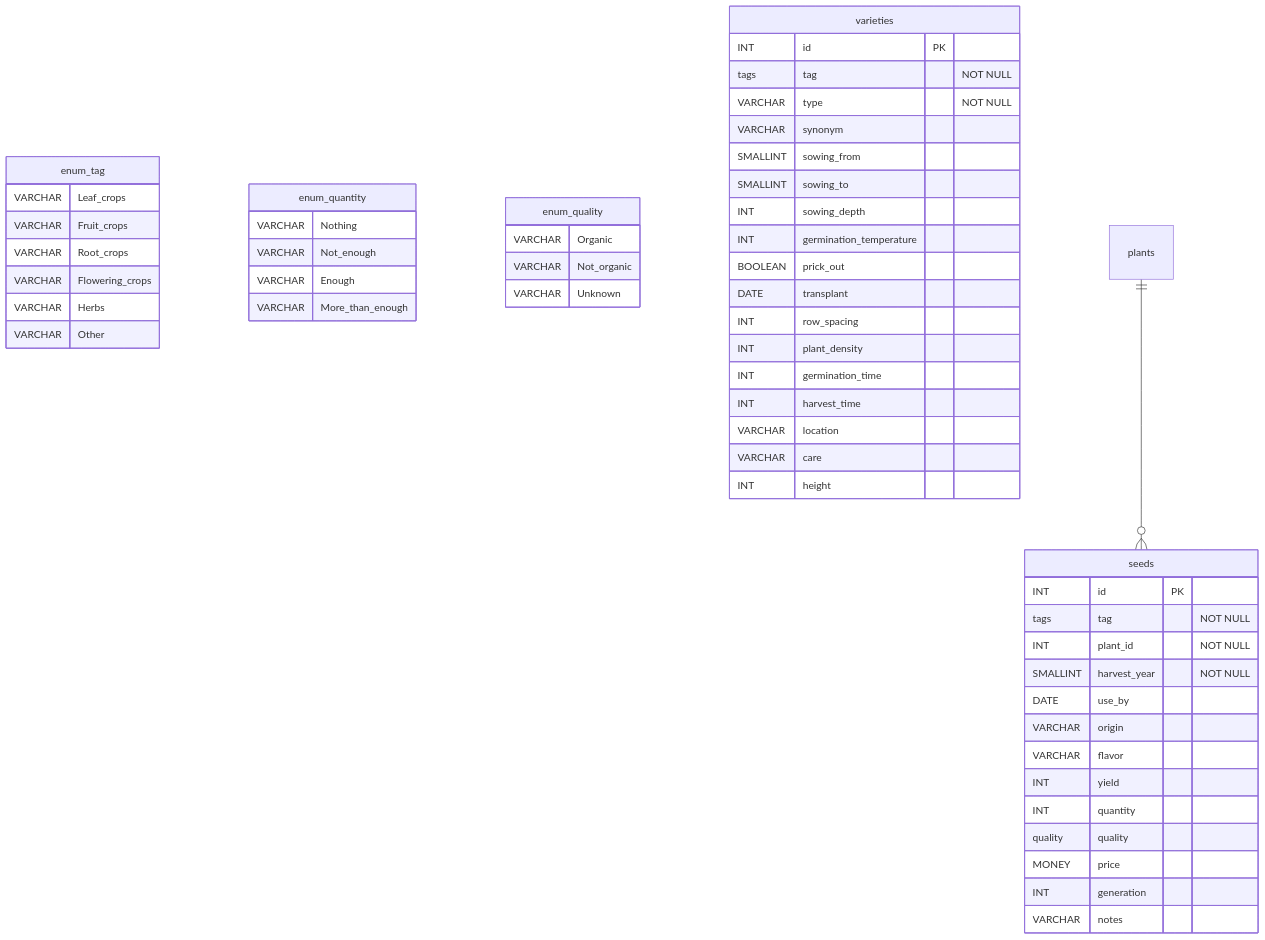
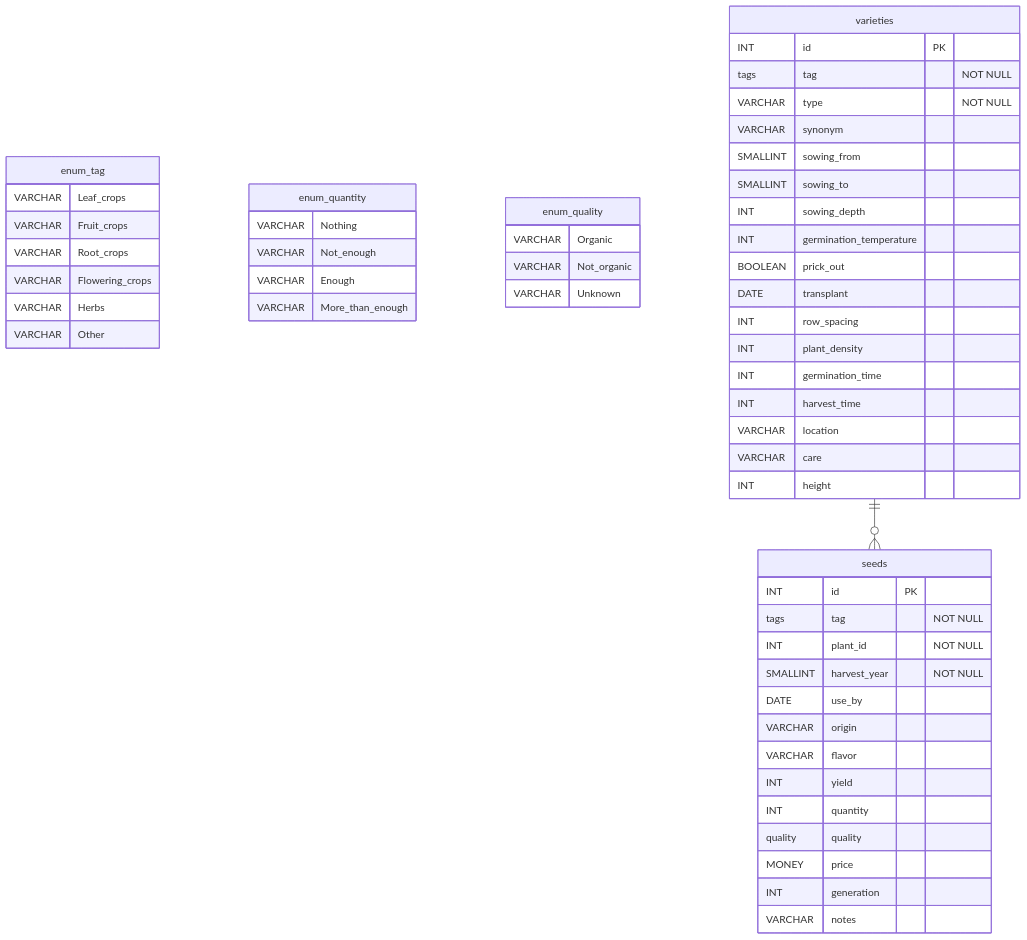
The diagram in doc/architecture/database_schemata.md (ElektraInitiative/PermaplanT), drawn with Mermaid before and after one commit.

````diff
--- a/doc/architecture/database_schemata.md
+++ b/doc/architecture/database_schemata.md
@@ -8,63 +8,63 @@
 ```mermaid 
 erDiagram
 
 enum_tag {
   VARCHAR Leaf_crops
   VARCHAR Fruit_crops
   VARCHAR Root_crops
   VARCHAR Flowering_crops
   VARCHAR Herbs
   VARCHAR Other
 }
 
 enum_quantity {
   VARCHAR Nothing
   VARCHAR Not_enough
   VARCHAR Enough
   VARCHAR More_than_enough
 }
 
 enum_quality {
   VARCHAR Organic
   VARCHAR Not_organic
   VARCHAR Unknown
 }
 
 seeds {
   INT id PK
   tags tag "NOT NULL"
   INT plant_id "NOT NULL"
   SMALLINT harvest_year "NOT NULL"
   DATE use_by
   VARCHAR origin
   VARCHAR flavor
   INT yield
   INT quantity
   quality quality
   MONEY price
   INT generation
   VARCHAR notes
 }
 
 varieties {
   INT id PK
   tags tag "NOT NULL"
   VARCHAR type "NOT NULL"
   VARCHAR synonym
   SMALLINT sowing_from
   SMALLINT sowing_to
   INT sowing_depth
   INT germination_temperature
   BOOLEAN prick_out
   DATE transplant
   INT row_spacing
   INT plant_density
   INT germination_time
   INT harvest_time
   VARCHAR location
   VARCHAR care
   INT height
 }
 
-plants ||--o{ seeds : ""
+varieties ||--o{ seeds : ""
 ```
````
